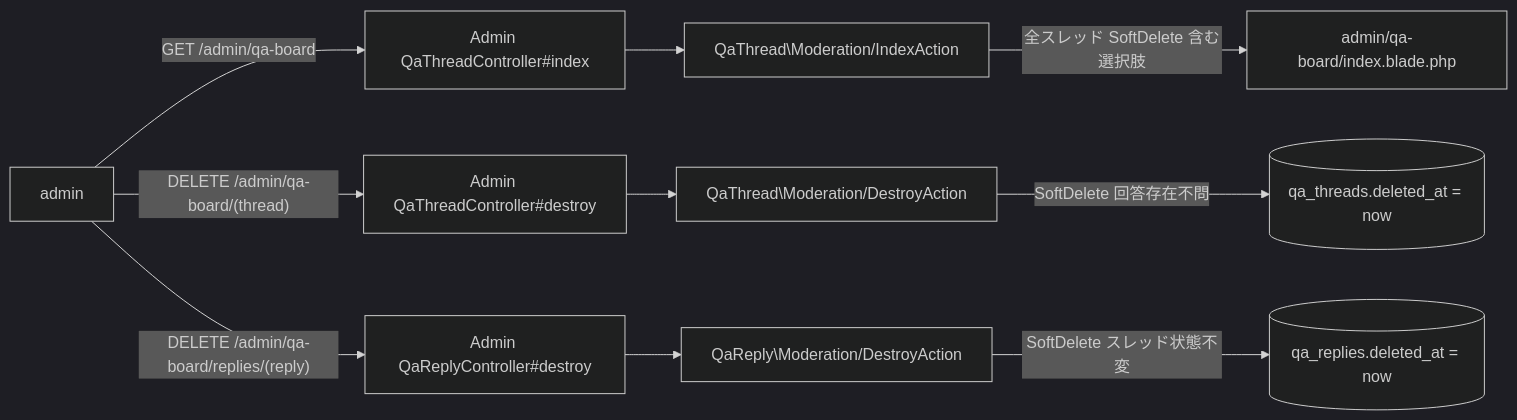
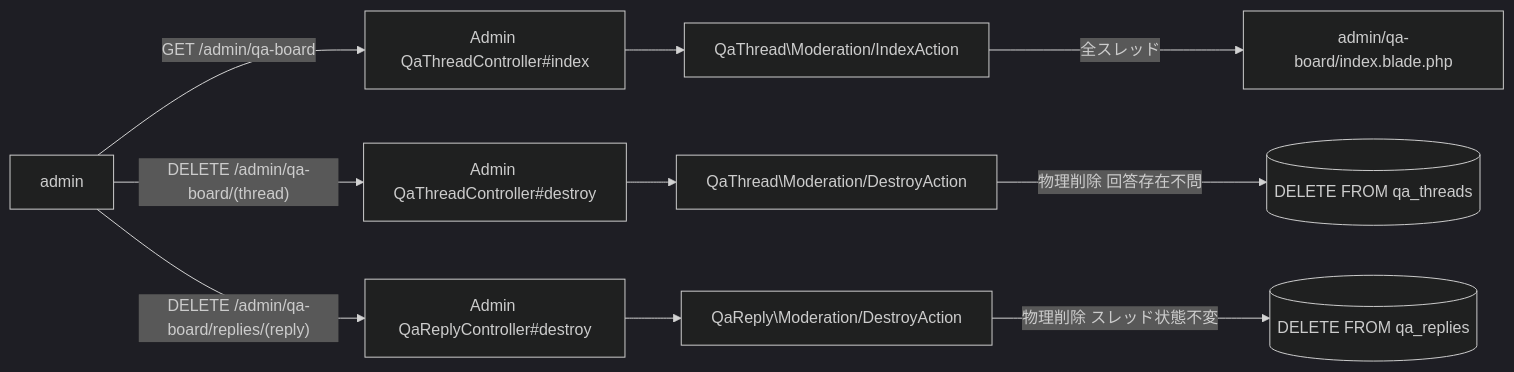
The third of 5 diagrams in docs/specs/qa-board/design.md (coachtech-mockcase-second/ExampleAnswer-mockcase-CertifyLMS), drawn with Mermaid (dark theme) before and after one commit. The commit also changed other lines of this file and 202 other files, not shown here.

First line of the commit message:
refactor: SoftDelete を 4 Model のみに整理 + Seeder/要件シート整備

````diff
--- a/docs/specs/qa-board/design.md
+++ b/docs/specs/qa-board/design.md
@@ -58,14 +58,14 @@
 ```mermaid
 flowchart LR
     A[admin] -->|"GET /admin/qa-board"| L["Admin QaThreadController#index"]
     L --> AI["QaThread\Moderation/IndexAction"]
-    AI -->|"全スレッド SoftDelete 含む選択肢"| V["admin/qa-board/index.blade.php"]
+    AI -->|"全スレッド"| V["admin/qa-board/index.blade.php"]
 
     A -->|"DELETE /admin/qa-board/(thread)"| D["Admin QaThreadController#destroy"]
     D --> AD["QaThread\Moderation/DestroyAction"]
-    AD -->|"SoftDelete 回答存在不問"| DB[("qa_threads.deleted_at = now")]
+    AD -->|"物理削除 回答存在不問"| DB[("DELETE FROM qa_threads")]
 
     A -->|"DELETE /admin/qa-board/replies/(reply)"| RD["Admin QaReplyController#destroy"]
     RD --> ARD["QaReply\Moderation/DestroyAction"]
-    ARD -->|"SoftDelete スレッド状態不変"| DB2[("qa_replies.deleted_at = now")]
+    ARD -->|"物理削除 スレッド状態不変"| DB2[("DELETE FROM qa_replies")]
 ```
````
